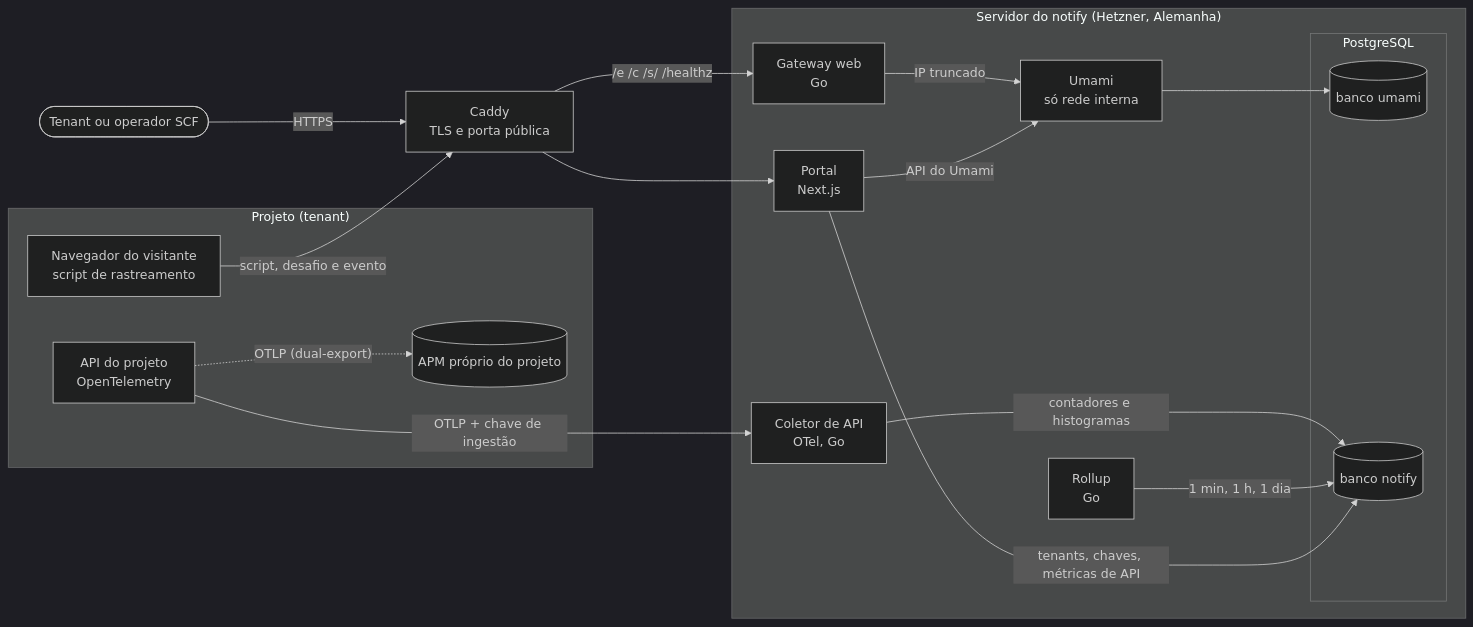
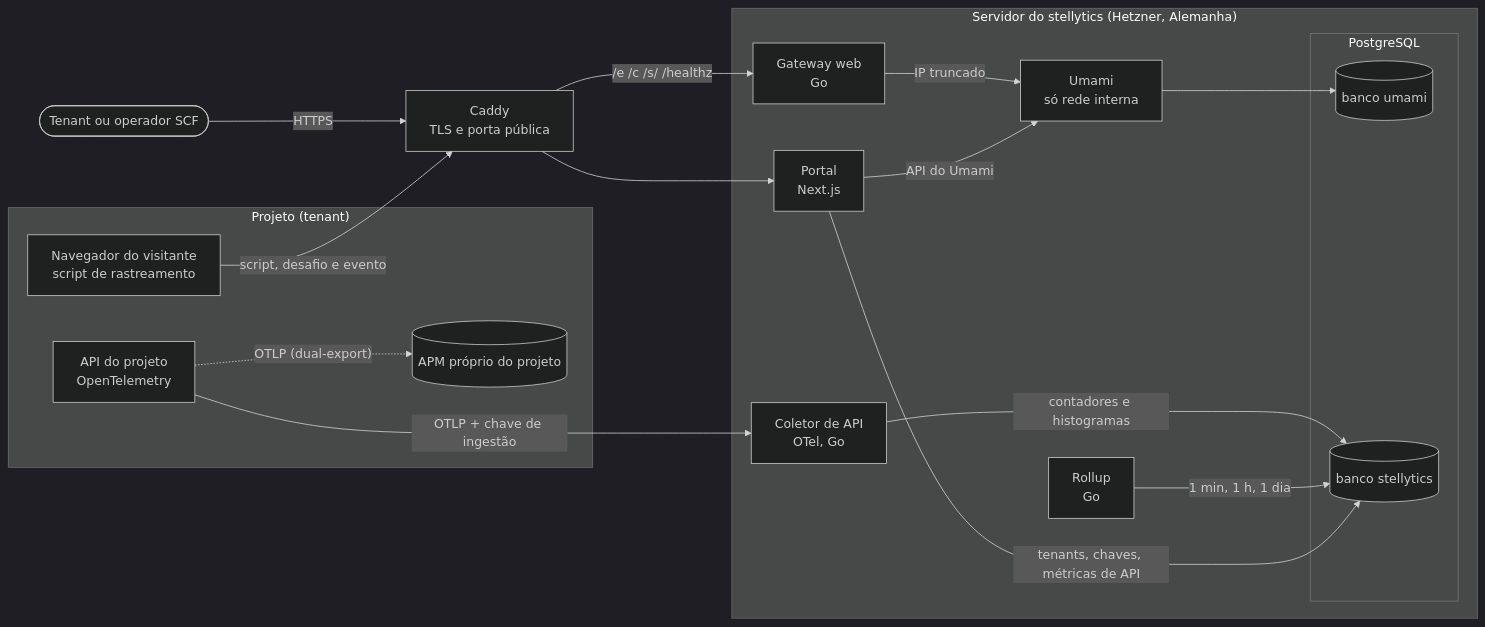
Before and after one commit to manucadev81/stellytics: the first of 3 diagrams in docs/arquitetura.md, drawn with Mermaid (dark theme). The commit also changed other lines of this file and 139 other files, not shown here.

First line of the commit message:
docs: rename notify to stellytics across the repository

````diff
--- a/docs/arquitetura.md
+++ b/docs/arquitetura.md
@@ -11,37 +11,37 @@
 ```mermaid
 flowchart LR
   subgraph tenant["Projeto (tenant)"]
     nav["Navegador do visitante<br/>script de rastreamento"]
     api["API do projeto<br/>OpenTelemetry"]
     apm[("APM próprio do projeto")]
   end
 
   pessoa(["Tenant ou operador SCF"])
 
   caddy["Caddy<br/>TLS e porta pública"]
 
-  subgraph vm["Servidor do notify (Hetzner, Alemanha)"]
+  subgraph vm["Servidor do stellytics (Hetzner, Alemanha)"]
     portal["Portal<br/>Next.js"]
     gw["Gateway web<br/>Go"]
     umami["Umami<br/>só rede interna"]
     col["Coletor de API<br/>OTel, Go"]
     roll["Rollup<br/>Go"]
     subgraph pg["PostgreSQL"]
       dbu[("banco umami")]
-      dbn[("banco notify")]
+      dbn[("banco stellytics")]
     end
   end
 
   nav -->|"script, desafio e evento"| caddy
   api -->|"OTLP + chave de ingestão"| col
   api -.->|"OTLP (dual-export)"| apm
   pessoa -->|"HTTPS"| caddy
   caddy -->|"/e /c /s/ /healthz"| gw
   caddy --> portal
   gw -->|"IP truncado"| umami
   umami --> dbu
   col -->|"contadores e histogramas"| dbn
   roll -->|"1 min, 1 h, 1 dia"| dbn
   portal -->|"API do Umami"| umami
   portal -->|"tenants, chaves, métricas de API"| dbn
 ```
````
